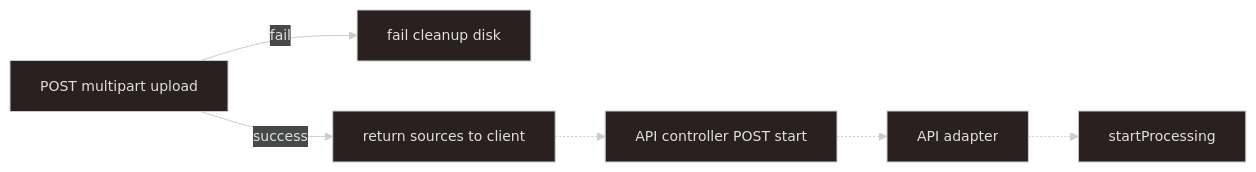
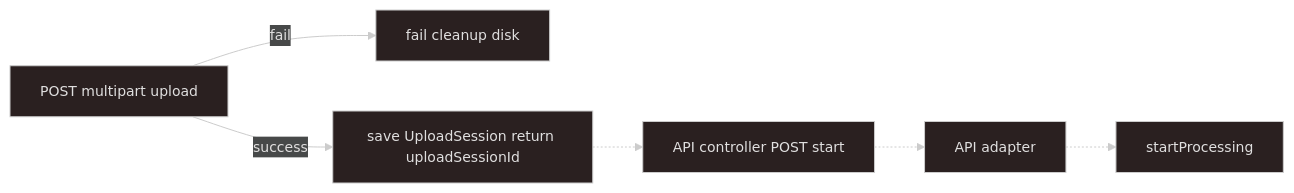
One commit to kyung-lee-official/turborepo-sandbox changed the first of 2 diagrams in .cursor/skills/upload-local-multipart/SKILL.md. Above: the diagram before and after it, drawn with Mermaid. The commit also changed other lines of this file, not shown here.

First line of the commit message:
wip (upload-local-multipart): change deferred upload to save session server-side

````diff
--- a/.cursor/skills/upload-local-multipart/SKILL.md
+++ b/.cursor/skills/upload-local-multipart/SKILL.md
@@ -72,19 +72,19 @@
 ```mermaid
 ---
 config:
   theme: neo-dark
 ---
 flowchart LR
   multipart["POST multipart upload"]
   fail["fail cleanup disk"]
-  ret["return sources to client"]
+  ret["save UploadSession return uploadSessionId"]
   apiCtrl["API controller POST start"]
   apiAdp["API adapter"]
   boundary["startProcessing"]
 
   multipart -->|fail| fail
   multipart -->|success| ret
   ret -.-> apiCtrl
   apiCtrl -.-> apiAdp
   apiAdp -.-> boundary
 ```
````
